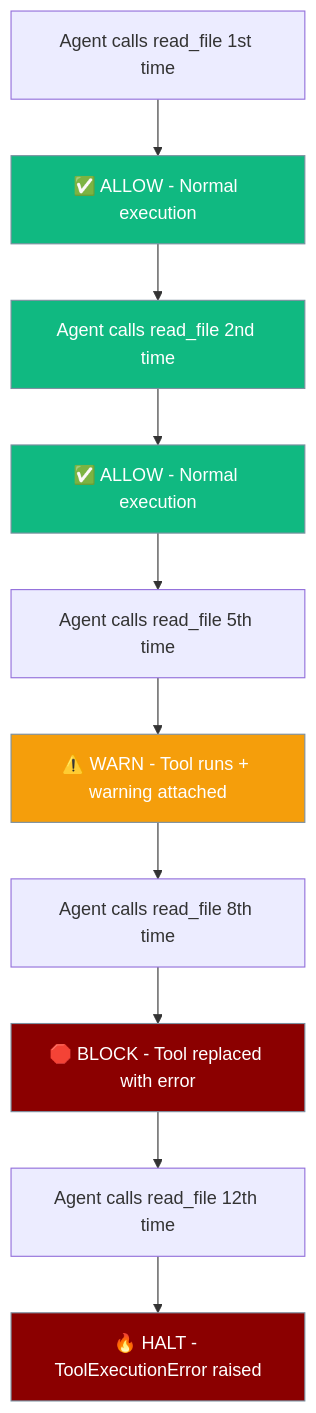
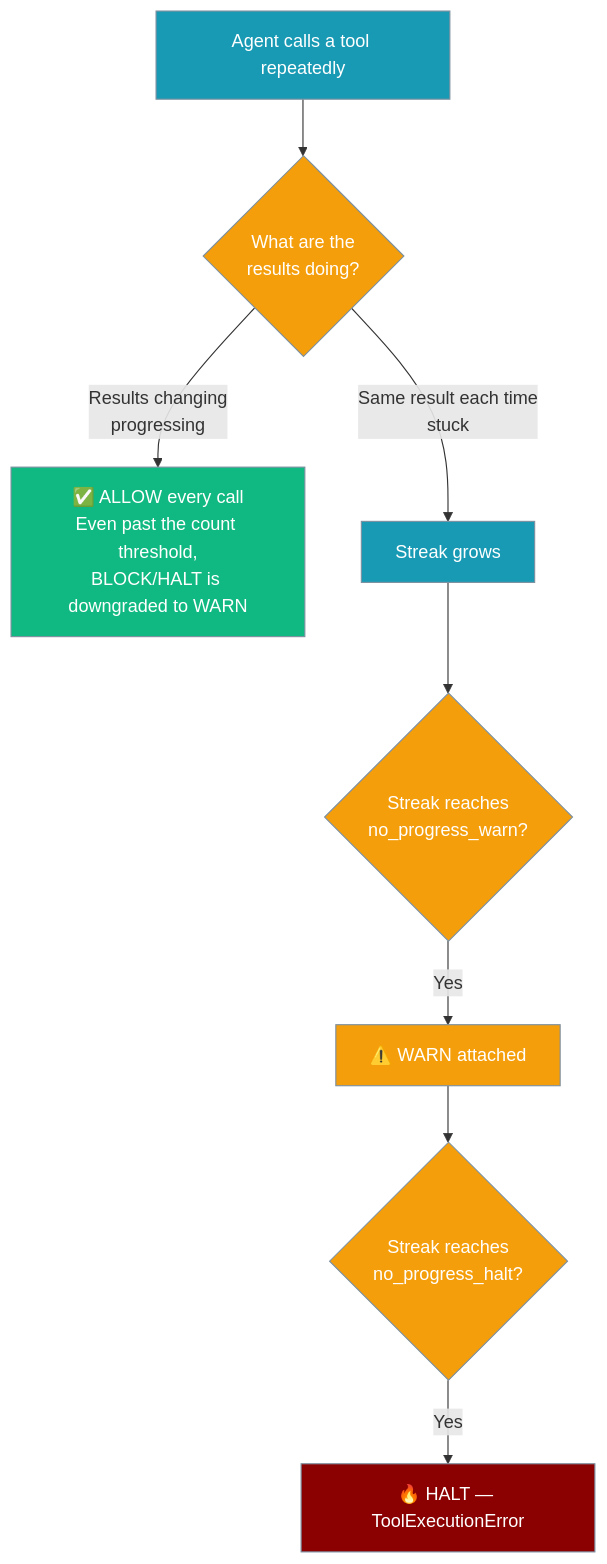
The third of 5 diagrams in docs/features/loop-guard.mdx (MervinPraison/PraisonAIDocs), drawn with Mermaid before and after one commit. The commit also changed other lines of this file, not shown here.

First line of the commit message:
docs: refresh Loop Guard page for result-aware no-progress detection (fixes #2058)

````diff
--- a/docs/features/loop-guard.mdx
+++ b/docs/features/loop-guard.mdx
@@ -149,20 +153,22 @@
 ```mermaid
 graph TB
-    Start[Agent calls read_file 1st time] --> A1[✅ ALLOW - Normal execution]
-    A1 --> A2[Agent calls read_file 2nd time]
-    A2 --> A3[✅ ALLOW - Normal execution]
-    A3 --> A4[Agent calls read_file 5th time]
-    A4 --> W1[⚠️ WARN - Tool runs + warning attached]
-    W1 --> A5[Agent calls read_file 8th time]
-    A5 --> B1[🛑 BLOCK - Tool replaced with error]
-    B1 --> A6[Agent calls read_file 12th time]
-    A6 --> H1[🔥 HALT - ToolExecutionError raised]
+    Start[Agent calls a tool repeatedly] --> Split{What are the<br/>results doing?}
+    Split -->|Results changing<br/>progressing| Chg1[✅ ALLOW every call<br/>Even past the count threshold,<br/>BLOCK/HALT is downgraded to WARN]
+    Split -->|Same result each time<br/>stuck| Sk1[Streak grows]
+    Sk1 --> Sk2{Streak reaches<br/>no_progress_warn?}
+    Sk2 -->|Yes| W1[⚠️ WARN attached]
+    W1 --> Sk3{Streak reaches<br/>no_progress_halt?}
+    Sk3 -->|Yes| H1[🔥 HALT — ToolExecutionError]
 
-    classDef allow fill:#10B981,stroke:#7C90A0,color:#fff
+    classDef step fill:#189AB4,stroke:#7C90A0,color:#fff
+    classDef question fill:#F59E0B,stroke:#7C90A0,color:#fff
+    classDef ok fill:#10B981,stroke:#7C90A0,color:#fff
     classDef warn fill:#F59E0B,stroke:#7C90A0,color:#fff
-    classDef block fill:#8B0000,stroke:#7C90A0,color:#fff
+    classDef stop fill:#8B0000,stroke:#7C90A0,color:#fff
 
-    class A1,A2,A3 allow
+    class Start,Sk1 step
+    class Split,Sk2,Sk3 question
+    class Chg1 ok
     class W1 warn
-    class B1,H1 block
+    class H1 stop
 ```
````
